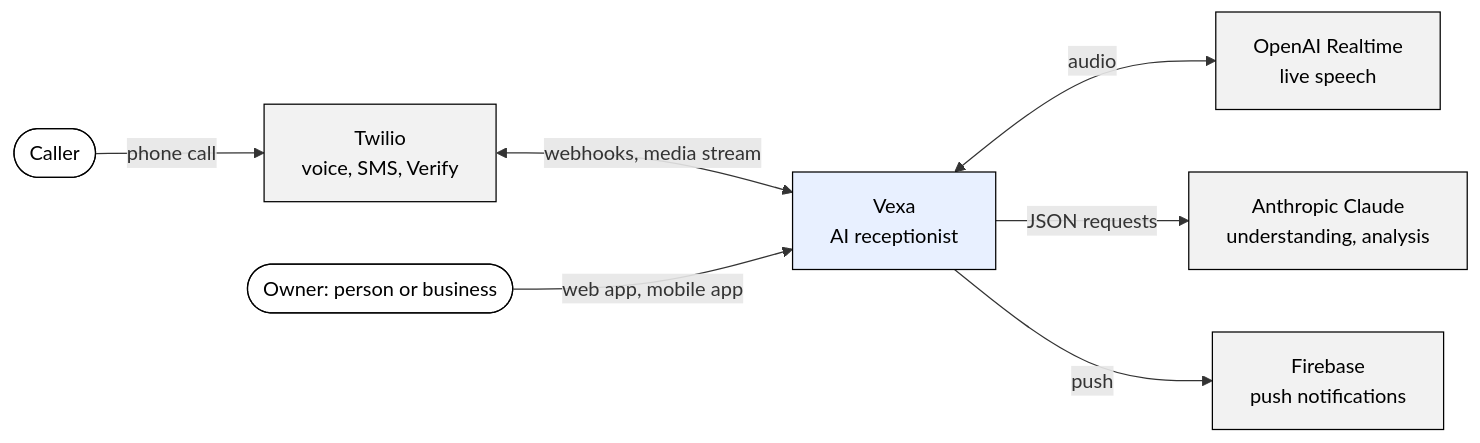
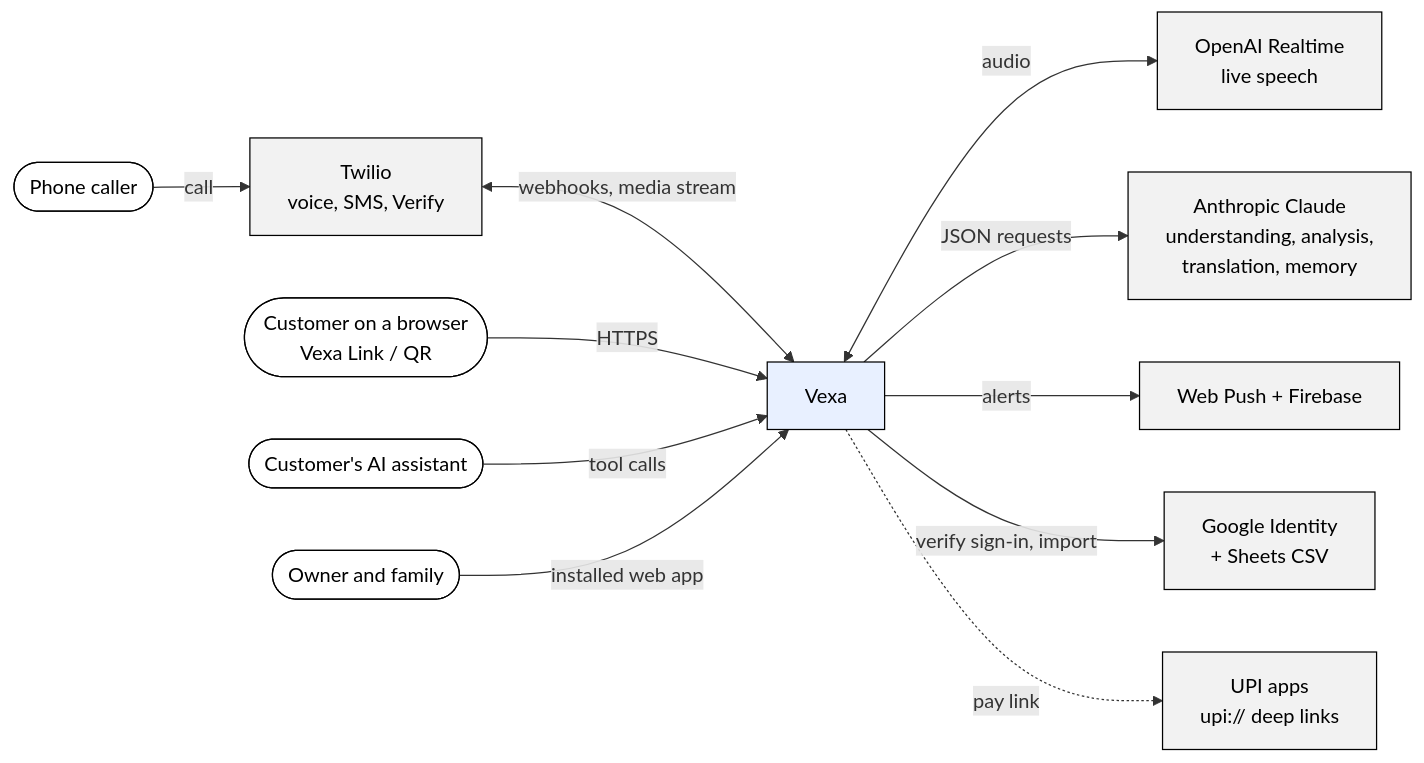
Before and after one commit to Phani3108/Vexa: the first of 10 diagrams in README.md, drawn with Mermaid. The commit also changed other lines of this file and 4 other files, not shown here.

````diff
--- a/README.md
+++ b/README.md
@@ -574,19 +615,26 @@
 ```mermaid
 flowchart LR
-  caller([Caller]):::p
-  owner([Owner: person or business]):::p
-  vexa[Vexa<br/>AI receptionist]:::s
+  caller([Phone caller]):::p
+  visitor([Customer on a browser<br/>Vexa Link / QR]):::p
+  agent([Customer's AI assistant]):::p
+  owner([Owner and family]):::p
+  vexa[Vexa]:::s
   twilio[Twilio<br/>voice, SMS, Verify]:::x
   openai[OpenAI Realtime<br/>live speech]:::x
-  claude[Anthropic Claude<br/>understanding, analysis]:::x
-  fcm[Firebase<br/>push notifications]:::x
-  caller -->|phone call| twilio
-  twilio <-->|webhooks, media stream| vexa
+  claude[Anthropic Claude<br/>understanding, analysis,<br/>translation, memory]:::x
+  push[Web Push + Firebase]:::x
+  google[Google Identity<br/>+ Sheets CSV]:::x
+  upi[UPI apps<br/>upi:// deep links]:::x
+  caller -->|call| twilio <-->|webhooks, media stream| vexa
   vexa <-->|audio| openai
+  visitor -->|HTTPS| vexa
+  agent -->|tool calls| vexa
+  owner -->|installed web app| vexa
   vexa -->|JSON requests| claude
-  vexa -->|push| fcm
-  owner -->|web app, mobile app| vexa
+  vexa -->|alerts| push
+  vexa -->|verify sign-in, import| google
+  vexa -.->|pay link| upi
   classDef p fill:#fff,stroke:#000,color:#000
   classDef s fill:#e8f0ff,stroke:#000,color:#000
   classDef x fill:#f2f2f2,stroke:#000,color:#000
 ```
````
